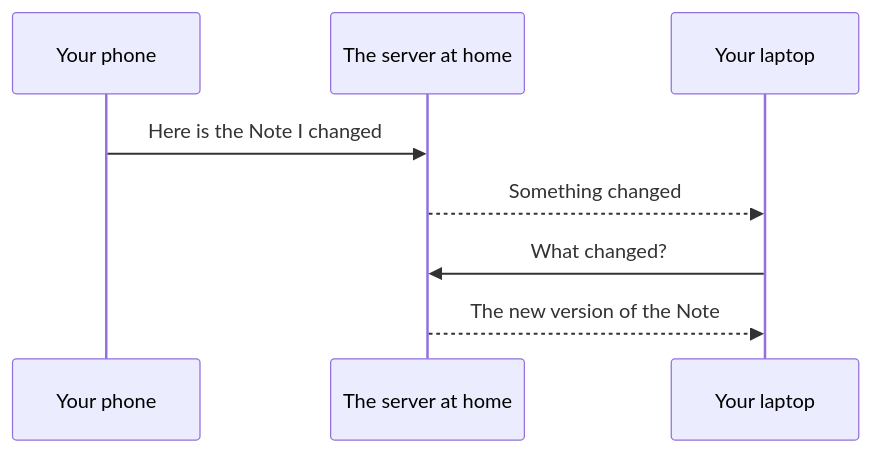
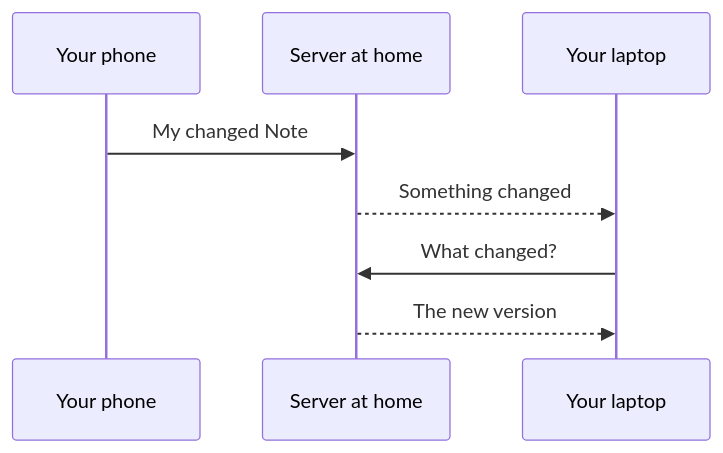
One commit to soukupj00/your-notes-be changed the diagram in docs/how-it-works.md. Above: the diagram before and after it, drawn with Mermaid. The commit also changed 1 other file, not shown here.

Commit message:
github page changes

````diff
--- a/docs/how-it-works.md
+++ b/docs/how-it-works.md
@@ -36,10 +36,10 @@
 ```mermaid
 sequenceDiagram
     participant P as Your phone
-    participant S as The server at home
+    participant S as Server at home
     participant L as Your laptop
-    P->>S: Here is the Note I changed
+    P->>S: My changed Note
     S-->>L: Something changed
     L->>S: What changed?
-    S-->>L: The new version of the Note
+    S-->>L: The new version
 ```
````
